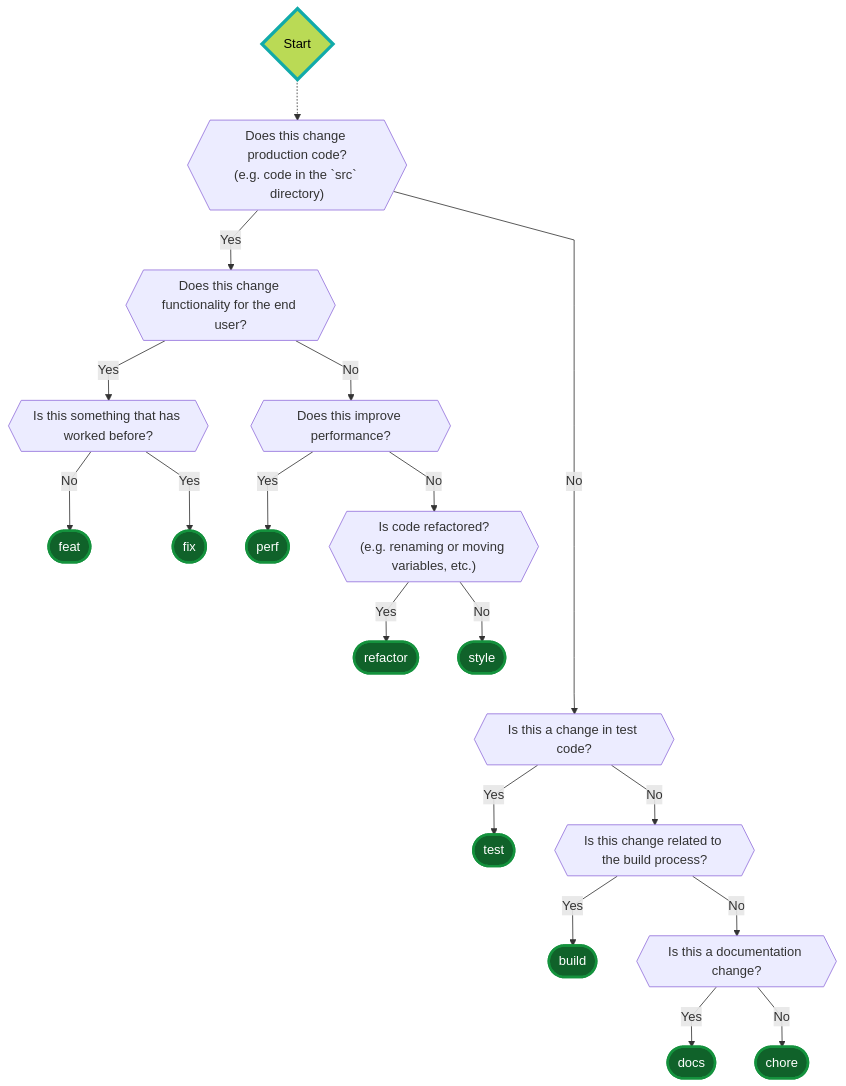
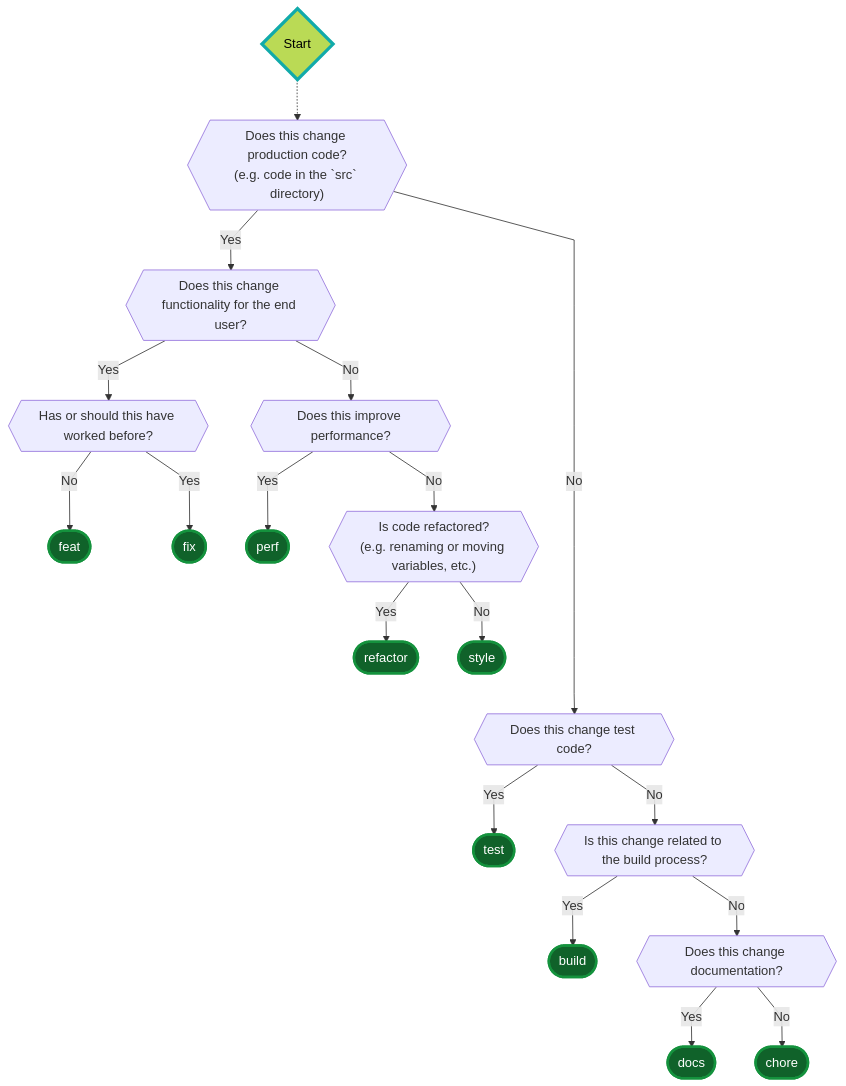
The diagram in DEVELOPERS.md (myparcelnl/developer), drawn with Mermaid before and after one commit.

Commit message:
docs: update developer guide

````diff
--- a/DEVELOPERS.md
+++ b/DEVELOPERS.md
@@ -72,53 +72,53 @@
 ```mermaid
 %%{ init: { 'flowchart': { 'curve': 'linear' } } }%%
 graph TD
   classDef start fill:#bada55,stroke:#1aa,stroke-width:4px,color:#000;
   classDef finish fill:#10622A,stroke:#14923D,stroke-width:3px,color:#fff;
 
   Start{"Start"}:::start
   
   Feat(["feat"]):::finish
   Fix(["fix"]):::finish
   Perf(["perf"]):::finish
   Refactor(["refactor"]):::finish
   Style(["style"]):::finish
   Build(["build"]):::finish
   Docs(["docs"]):::finish
   Chore(["chore"]):::finish
   Test(["test"]):::finish
 
   QProdCode{{"Does this change production code?\n(e.g. code in the `src` directory)"}}
   QFunctionalChange{{"Does this change functionality for the end user?"}}
-  QIsFix{{"Is this something that has worked before?"}}
+  QIsFix{{"Has or should this have worked before?"}}
   QIsBuild{{"Is this change related to the build process?"}}
   QIsPerf{{"Does this improve performance?"}}
   QIsRefactor{{"Is code refactored?\n(e.g. renaming or moving variables, etc.)"}}
-  QIsDoc{{"Is this a documentation change?"}}
-  QIsTest{{"Is this a change in test code?"}}
+  QIsDoc{{"Does this change documentation?"}}
+  QIsTest{{"Does this change test code?"}}
 
   Start .->  QProdCode
 
   QProdCode --> |Yes| QFunctionalChange
   QProdCode ------> |No| QIsTest
 
   QIsTest --> |Yes| Test
   QIsTest --> |No| QIsBuild
 
   QFunctionalChange --> |Yes| QIsFix
   QFunctionalChange --> |No| QIsPerf
-  
+
   QIsFix --> |Yes| Fix
   QIsFix --> |No| Feat
   
   QIsBuild --> |Yes| Build
   QIsBuild --> |No| QIsDoc
-  
+
   QIsDoc --> |Yes| Docs
   QIsDoc --> |No| Chore
   
   QIsPerf --> |Yes| Perf
   QIsPerf --> |No| QIsRefactor
   
   QIsRefactor --> |Yes| Refactor
   QIsRefactor --> |No| Style
 ```
````
